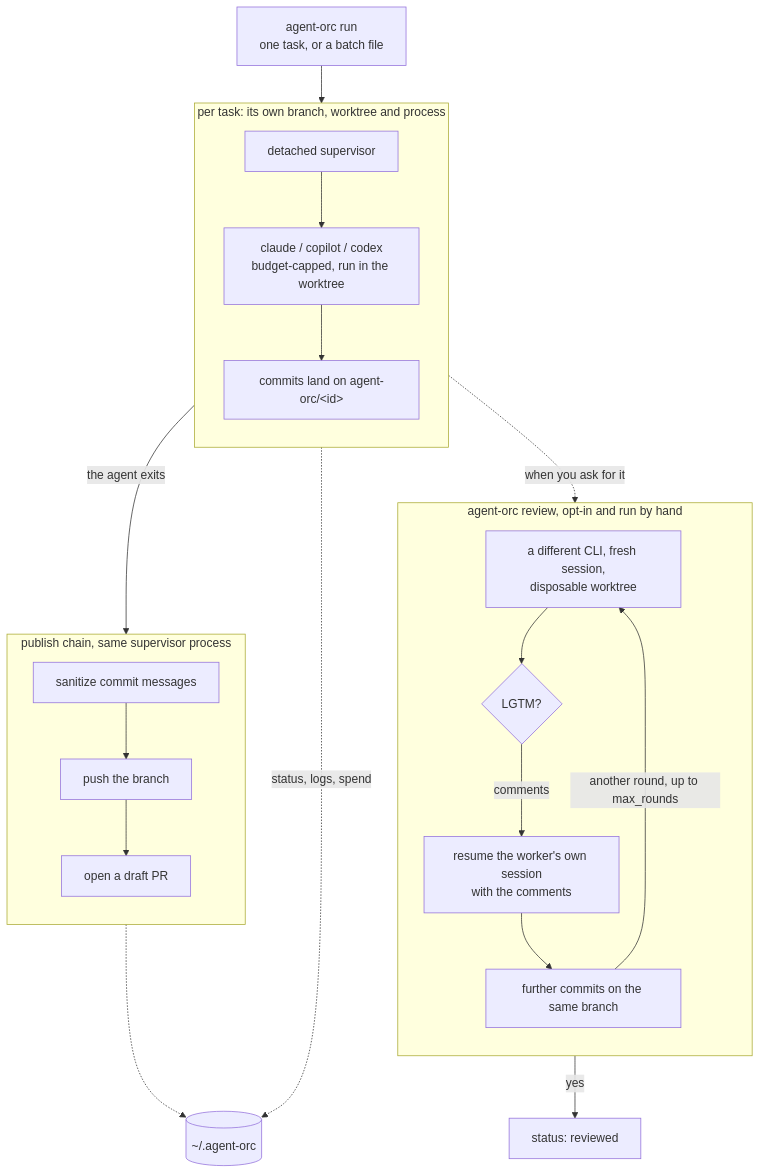
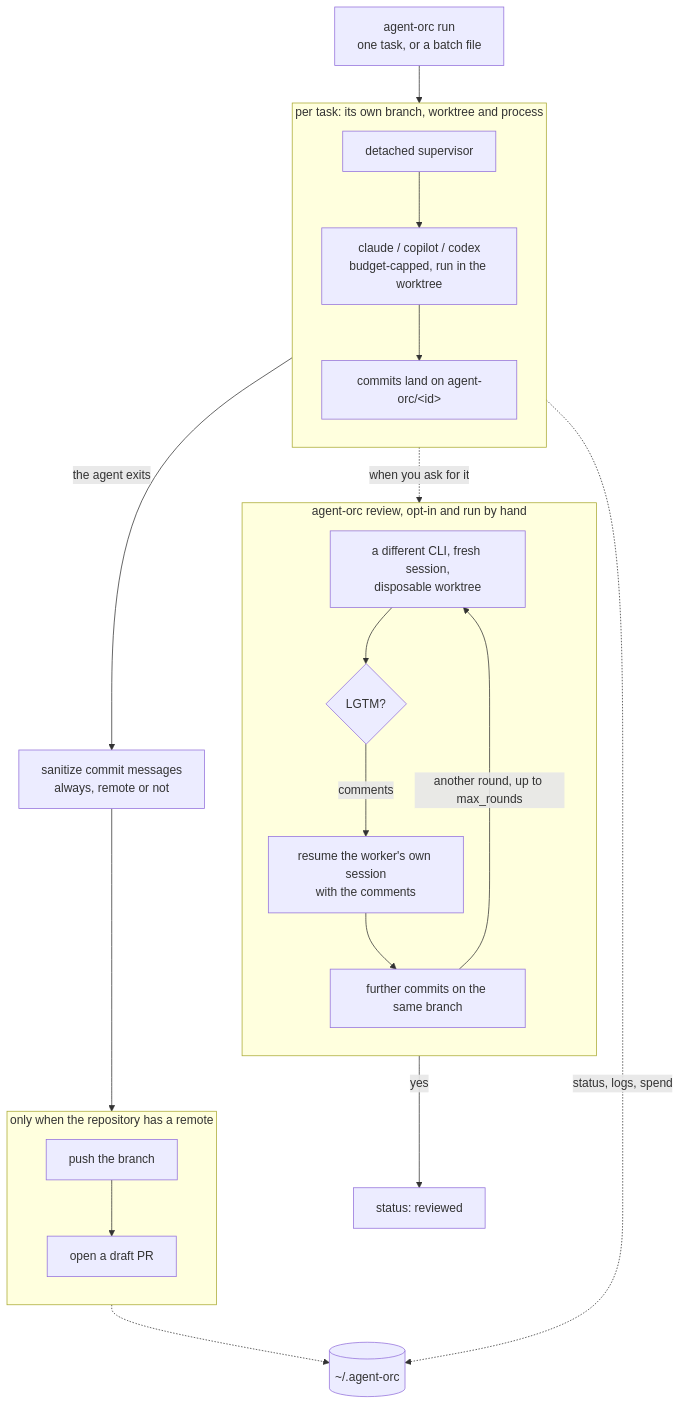
The first of 2 diagrams in README.md (MaryannGitonga/agent-orc), drawn with Mermaid before and after one commit. The commit also changed other lines of this file, not shown here.

Commit message:
docs: correct the statuses and move sanitize out of publishing

````diff
--- a/README.md
+++ b/README.md
@@ -24,36 +24,39 @@
 ```mermaid
 flowchart TB
     RUN["agent-orc run<br/>one task, or a batch file"]
 
     subgraph TASK["per task: its own branch, worktree and process"]
         direction TB
         SUP["detached supervisor"]
         AGENT["claude / copilot / codex<br/>budget-capped, run in the worktree"]
         WORK["commits land on agent-orc/&lt;id&gt;"]
         SUP --> AGENT --> WORK
     end
 
-    subgraph PUBLISH["publish chain, same supervisor process"]
+    SAN["sanitize commit messages<br/>always, remote or not"]
+
+    subgraph PUBLISH["only when the repository has a remote"]
         direction TB
-        SAN["sanitize commit messages"] --> PUSH["push the branch"] --> PR["open a draft PR"]
+        PUSH["push the branch"] --> PR["open a draft PR"]
     end
 
     subgraph REVIEW["agent-orc review, opt-in and run by hand"]
         direction TB
         REV["a different CLI, fresh session,<br/>disposable worktree"]
         VERDICT{"LGTM?"}
         RESUME["resume the worker's own session<br/>with the comments"]
         MORE["further commits on the same branch"]
         REV --> VERDICT
         VERDICT -->|"comments"| RESUME --> MORE
         MORE -->|"another round, up to max_rounds"| REV
     end
 
     RUN --> SUP
     WORK -->|"the agent exits"| SAN
+    SAN --> PUSH
     WORK -.->|"when you ask for it"| REV
     VERDICT -->|"yes"| REVIEWED["status: reviewed"]
     SUP -.->|"status, logs, spend"| STATE
     PUSH -.-> STATE
     STATE[("~/.agent-orc")]
 ```
````
